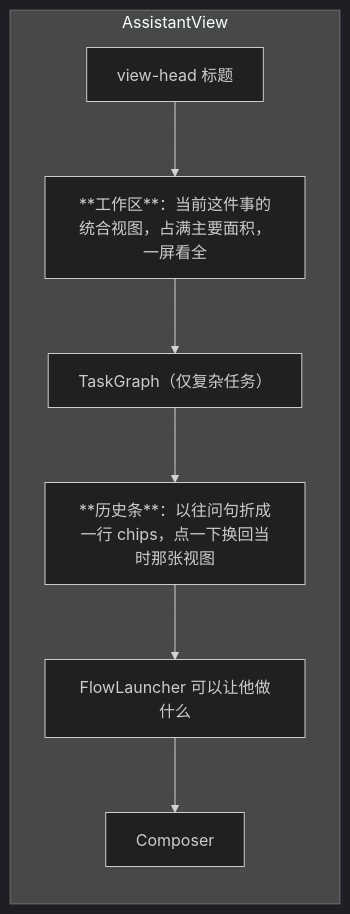
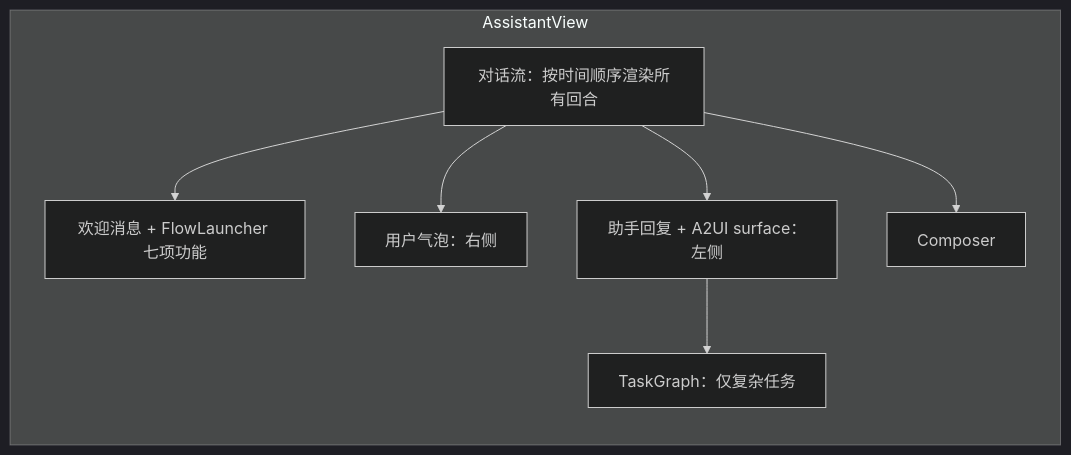
Diagram 28 of 33 in doc/ARCHITECTURE.md (weiqing010305-art/bk-agent), drawn with Mermaid (dark theme) before and after one commit. The commit also changed other lines of this file and 31 other files, not shown here.

Commit message:
feat: refine bank assistant layout and transfer flow

````diff
--- a/doc/ARCHITECTURE.md
+++ b/doc/ARCHITECTURE.md
@@ -693,17 +694,17 @@
 ```mermaid
 flowchart TB
     subgraph W["AssistantView"]
         direction TB
-        H["view-head 标题"]
-        WS["**工作区**：当前这件事的统合视图，占满主要面积，一屏看全"]
-        TG["TaskGraph（仅复杂任务）"]
-        HIST["**历史条**：以往问句折成一行 chips，点一下换回当时那张视图"]
-        FL["FlowLauncher 可以让他做什么"]
+        WS["对话流：按时间顺序渲染所有回合"]
+        WELCOME["欢迎消息 + FlowLauncher 七项功能"]
+        USER["用户气泡：右侧"]
+        AGENT["助手回复 + A2UI surface：左侧"]
+        TG["TaskGraph：仅复杂任务"]
         CP["Composer"]
     end
-    H --> WS
-    WS --> TG
-    TG --> HIST
-    HIST --> FL
-    FL --> CP
+    WS --> WELCOME
+    WS --> USER
+    WS --> AGENT
+    AGENT --> TG
+    WS --> CP
 ```
````
